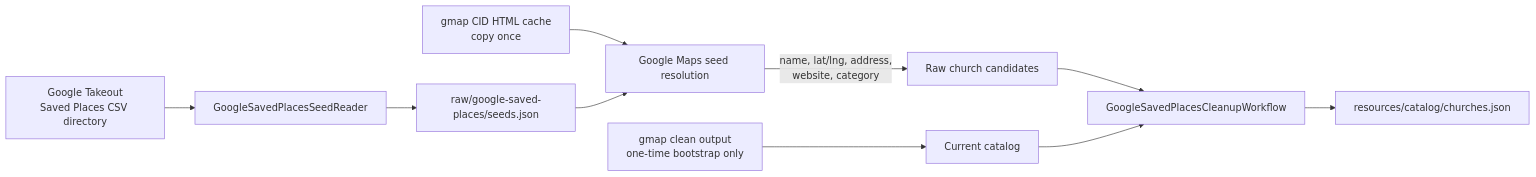
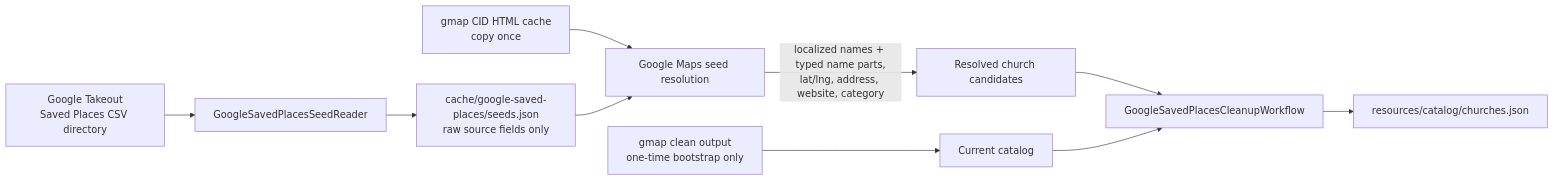
One commit to crossmapcojp/crossmap changed the first of 3 diagrams in crawl/README.md. Above: the diagram before and after it, drawn with Mermaid. The commit also changed other lines of this file and 198 other files, not shown here.

````diff
--- a/crawl/README.md
+++ b/crawl/README.md
@@ -14,12 +14,12 @@
 ```mermaid
 flowchart LR
     A[Google Takeout<br/>Saved Places CSV directory] --> B[GoogleSavedPlacesSeedReader]
-    B --> C[raw/google-saved-places/seeds.json]
+    B --> C[cache/google-saved-places/seeds.json<br/>raw source fields only]
     G[gmap clean output<br/>one-time bootstrap only] --> F[Current catalog]
     H[gmap CID HTML cache<br/>copy once] --> D[Google Maps seed resolution]
     C --> D
-    D -- name, lat/lng, address,<br/>website, category --> E[Raw church candidates]
+    D -- localized names + typed name parts,<br/>lat/lng, address, website, category --> E[Resolved church candidates]
     E --> I[GoogleSavedPlacesCleanupWorkflow]
     F --> I
     I --> J[resources/catalog/churches.json]
 ```
````
